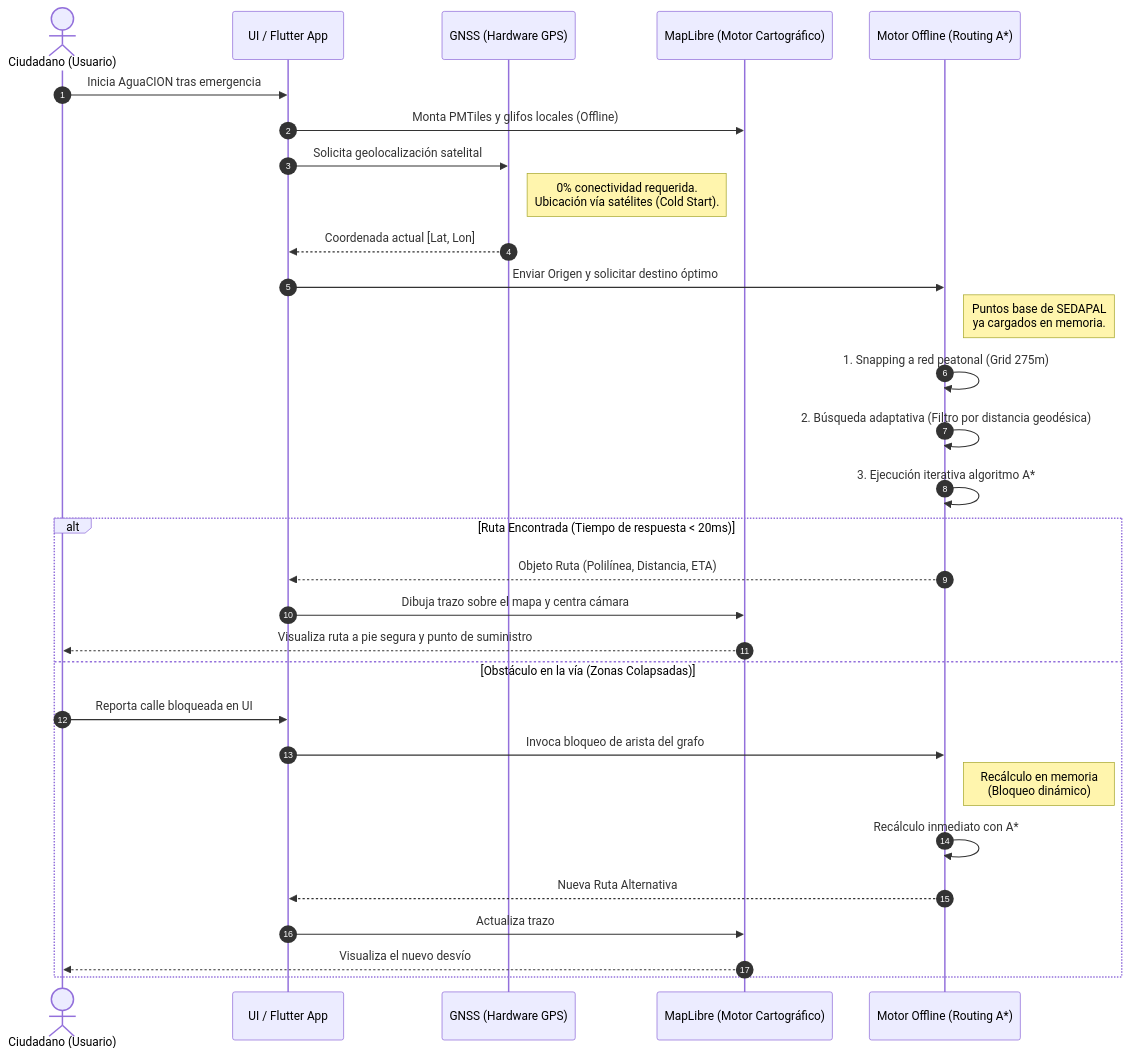
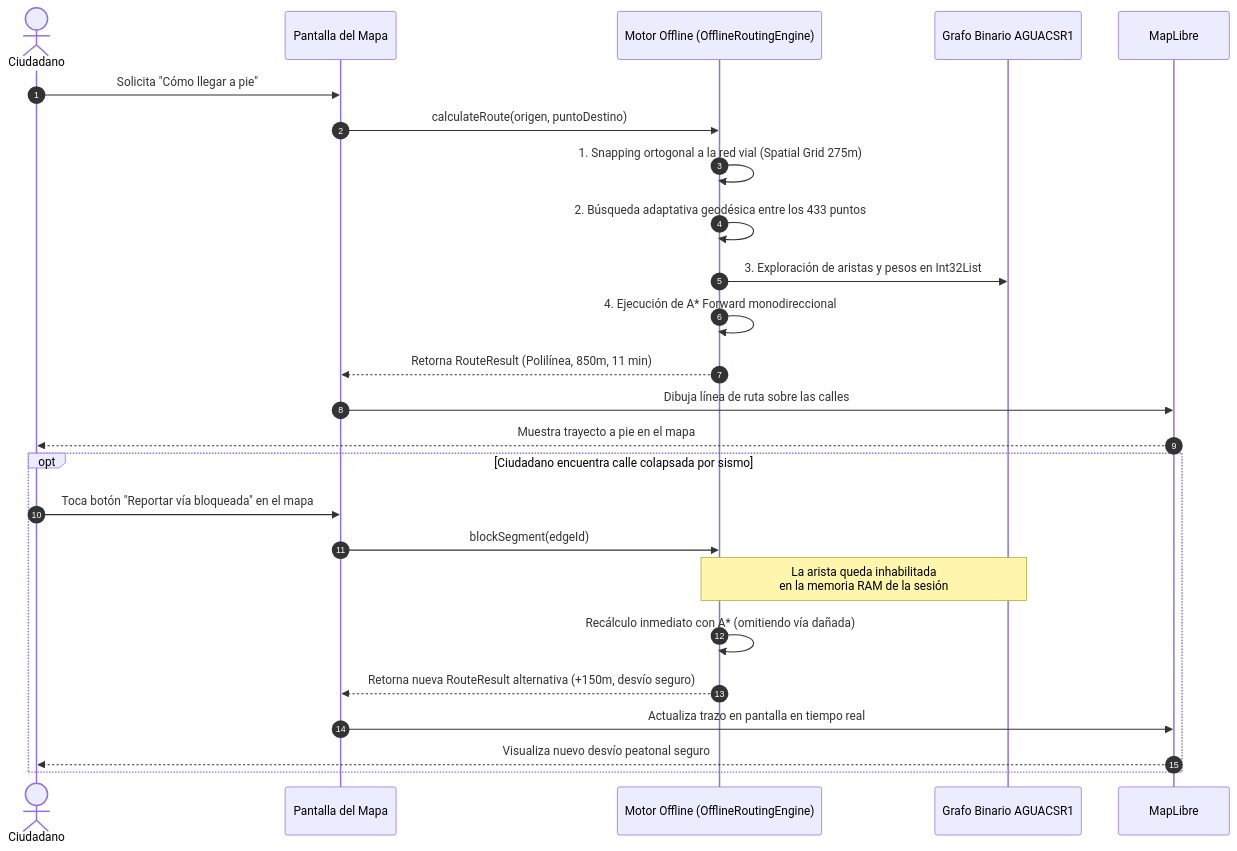
Before and after one commit to cionsunass01-ai/app-movil-sismo-v2: the fourth of 4 diagrams in documentacion/Flujograma.md, drawn with Mermaid. The commit also changed other lines of this file and 4 other files, not shown here.

Commit message:
docs: update comprehensive architecture, PWA feasibility, flowcharts, status and README for AguaCION

````diff
--- a/documentacion/Flujograma.md
+++ b/documentacion/Flujograma.md
@@ -19,37 +138,31 @@
 ```mermaid
 sequenceDiagram
     autonumber
+    actor U as Ciudadano
+    participant UI as Pantalla del Mapa
+    participant ROUTE as Motor Offline (OfflineRoutingEngine)
+    participant CSR as Grafo Binario AGUACSR1
+    participant MAP as MapLibre
+
+    U->>UI: Solicita "Cómo llegar a pie"
+    UI->>ROUTE: calculateRoute(origen, puntoDestino)
     
-    actor U as Ciudadano (Usuario)
-    participant APP as UI / Flutter App
-    participant SENS as GNSS (Hardware GPS)
-    participant MAP as MapLibre (Motor Cartográfico)
-    participant ROUTE as Motor Offline (Routing A*)
+    ROUTE->>ROUTE: 1. Snapping ortogonal a la red vial (Spatial Grid 275m)
+    ROUTE->>ROUTE: 2. Búsqueda adaptativa geodésica entre los 433 puntos
+    ROUTE->>CSR: 3. Exploración de aristas y pesos en Int32List
+    ROUTE->>ROUTE: 4. Ejecución de A* Forward monodireccional
+    
+    ROUTE-->>UI: Retorna RouteResult (Polilínea, 850m, 11 min)
+    UI->>MAP: Dibuja línea de ruta sobre las calles
+    MAP-->>U: Muestra trayecto a pie en el mapa
 
-    U->>APP: Inicia AguaCION tras emergencia
-    APP->>MAP: Monta PMTiles y glifos locales (Offline)
-    APP->>SENS: Solicita geolocalización satelital
-    Note right of SENS: 0% conectividad requerida.<br/>Ubicación vía satélites (Cold Start).
-    SENS-->>APP: Coordenada actual [Lat, Lon]
-    
-    APP->>ROUTE: Enviar Origen y solicitar destino óptimo
-    Note right of ROUTE: Puntos base de SEDAPAL<br/>ya cargados en memoria.
-    
-    ROUTE->>ROUTE: 1. Snapping a red peatonal (Grid 275m)
-    ROUTE->>ROUTE: 2. Búsqueda adaptativa (Filtro por distancia geodésica)
-    ROUTE->>ROUTE: 3. Ejecución iterativa algoritmo A*
-    
-    alt Ruta Encontrada (Tiempo de respuesta < 20ms)
-        ROUTE-->>APP: Objeto Ruta (Polilínea, Distancia, ETA)
-        APP->>MAP: Dibuja trazo sobre el mapa y centra cámara
-        MAP-->>U: Visualiza ruta a pie segura y punto de suministro
-    else Obstáculo en la vía (Zonas Colapsadas)
-        U->>APP: Reporta calle bloqueada en UI
-        APP->>ROUTE: Invoca bloqueo de arista del grafo
-        Note right of ROUTE: Recálculo en memoria<br/>(Bloqueo dinámico)
-        ROUTE->>ROUTE: Recálculo inmediato con A*
-        ROUTE-->>APP: Nueva Ruta Alternativa
-        APP->>MAP: Actualiza trazo
-        MAP-->>U: Visualiza el nuevo desvío
+    opt Ciudadano encuentra calle colapsada por sismo
+        U->>UI: Toca botón "Reportar vía bloqueada" en el mapa
+        UI->>ROUTE: blockSegment(edgeId)
+        Note over ROUTE,CSR: La arista queda inhabilitada<br/>en la memoria RAM de la sesión
+        ROUTE->>ROUTE: Recálculo inmediato con A* (omitiendo vía dañada)
+        ROUTE-->>UI: Retorna nueva RouteResult alternativa (+150m, desvío seguro)
+        UI->>MAP: Actualiza trazo en pantalla en tiempo real
+        MAP-->>U: Visualiza nuevo desvío peatonal seguro
     end
 ```
````
